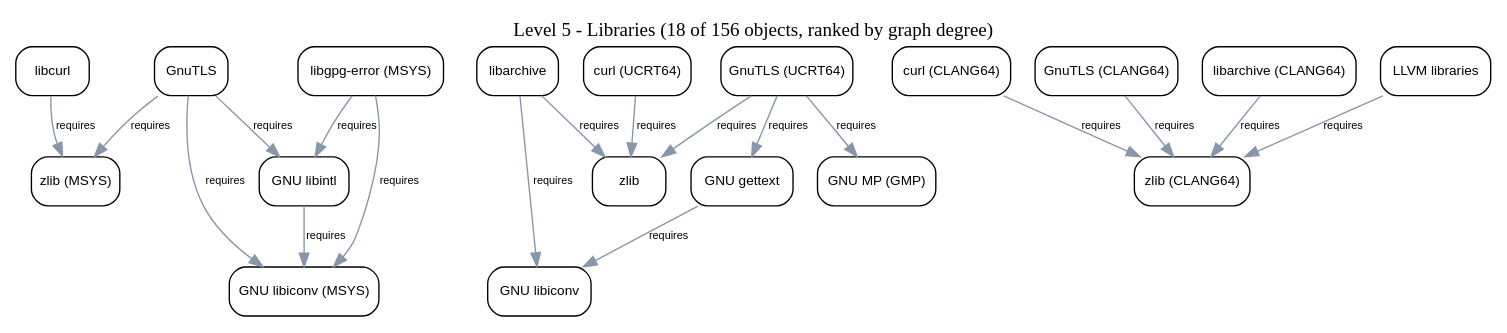
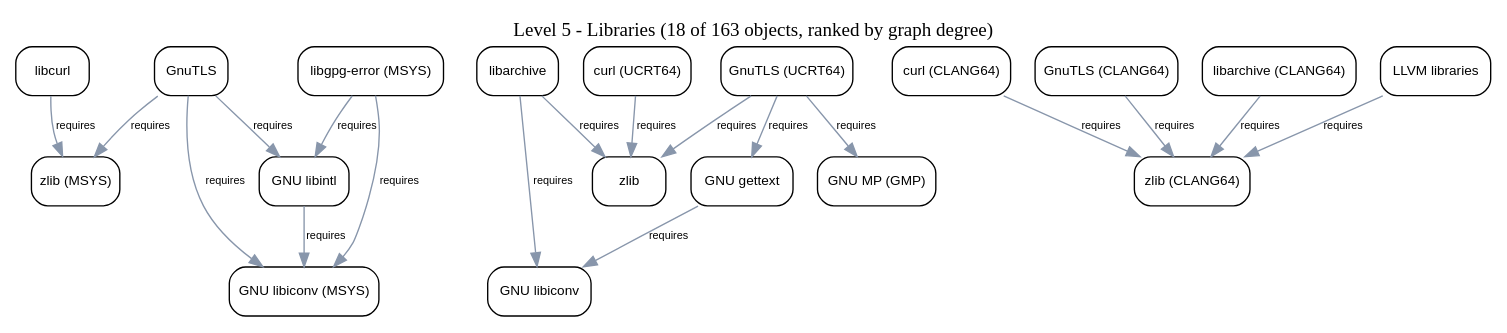
Before and after one commit to baileyrd/AKB: the diagram in diagrams/level-5.dot, drawn with Graphviz. The commit also changed 23 other files, not shown here.

```diff
--- a/diagrams/level-5.dot
+++ b/diagrams/level-5.dot
@@ -1,44 +1,44 @@
 // Generated from the composed model by tools/build_diagrams.py - do not edit by hand.
 digraph level_5 {
   rankdir=TB;
   node [shape=box style=rounded fontname="sans-serif" fontsize=10];
   edge [fontname="sans-serif" fontsize=8 color="#8896ab"];
-  label="Level 5 - Libraries (18 of 156 objects, ranked by graph degree)";
+  label="Level 5 - Libraries (18 of 163 objects, ranked by graph degree)";
   labelloc=t;
   n0 [label="GNU libintl" tooltip="library:gnu:libintl" URL="../generated/explorer/index.html#/object/library%3Agnu%3Alibintl"];
   n1 [label="libcurl" tooltip="library:curl:libcurl" URL="../generated/explorer/index.html#/object/library%3Acurl%3Alibcurl"];
   n2 [label="GNU libiconv (MSYS)" tooltip="library:gnu:libiconv@msys" URL="../generated/explorer/index.html#/object/library%3Agnu%3Alibiconv%40msys"];
   n3 [label="zlib" tooltip="library:gnu:zlib" URL="../generated/explorer/index.html#/object/library%3Agnu%3Azlib"];
   n4 [label="zlib (MSYS)" tooltip="library:gnu:zlib@msys" URL="../generated/explorer/index.html#/object/library%3Agnu%3Azlib%40msys"];
   n5 [label="curl (UCRT64)" tooltip="library:curl:curl@ucrt64" URL="../generated/explorer/index.html#/object/library%3Acurl%3Acurl%40ucrt64"];
   n6 [label="GnuTLS" tooltip="library:gnutls:gnutls" URL="../generated/explorer/index.html#/object/library%3Agnutls%3Agnutls"];
   n7 [label="libarchive" tooltip="library:libarchive:libarchive" URL="../generated/explorer/index.html#/object/library%3Alibarchive%3Alibarchive"];
   n8 [label="curl (CLANG64)" tooltip="library:curl:curl@clang64" URL="../generated/explorer/index.html#/object/library%3Acurl%3Acurl%40clang64"];
   n9 [label="GNU gettext" tooltip="library:gnu:gettext" URL="../generated/explorer/index.html#/object/library%3Agnu%3Agettext"];
   n10 [label="zlib (CLANG64)" tooltip="library:gnu:zlib@clang64" URL="../generated/explorer/index.html#/object/library%3Agnu%3Azlib%40clang64"];
   n11 [label="GnuTLS (CLANG64)" tooltip="library:gnutls:gnutls@clang64" URL="../generated/explorer/index.html#/object/library%3Agnutls%3Agnutls%40clang64"];
   n12 [label="GnuTLS (UCRT64)" tooltip="library:gnutls:gnutls@ucrt64" URL="../generated/explorer/index.html#/object/library%3Agnutls%3Agnutls%40ucrt64"];
   n13 [label="GNU libiconv" tooltip="library:gnu:libiconv" URL="../generated/explorer/index.html#/object/library%3Agnu%3Alibiconv"];
   n14 [label="libgpg-error (MSYS)" tooltip="library:gnupg:libgpg-error@msys" URL="../generated/explorer/index.html#/object/library%3Agnupg%3Alibgpg-error%40msys"];
   n15 [label="libarchive (CLANG64)" tooltip="library:libarchive:libarchive@clang64" URL="../generated/explorer/index.html#/object/library%3Alibarchive%3Alibarchive%40clang64"];
   n16 [label="LLVM libraries" tooltip="library:llvm:llvm-libs" URL="../generated/explorer/index.html#/object/library%3Allvm%3Allvm-libs"];
   n17 [label="GNU MP (GMP)" tooltip="library:gnu:gmp" URL="../generated/explorer/index.html#/object/library%3Agnu%3Agmp"];
   n9 -> n13 [label="requires"];
   n7 -> n13 [label="requires"];
   n7 -> n3 [label="requires"];
   n6 -> n0 [label="requires"];
   n14 -> n0 [label="requires"];
   n6 -> n2 [label="requires"];
   n0 -> n2 [label="requires"];
   n14 -> n2 [label="requires"];
   n1 -> n4 [label="requires"];
   n11 -> n10 [label="requires"];
   n8 -> n10 [label="requires"];
   n15 -> n10 [label="requires"];
   n16 -> n10 [label="requires"];
   n5 -> n3 [label="requires"];
   n12 -> n9 [label="requires"];
   n12 -> n17 [label="requires"];
   n12 -> n3 [label="requires"];
   n6 -> n4 [label="requires"];
 }
```
